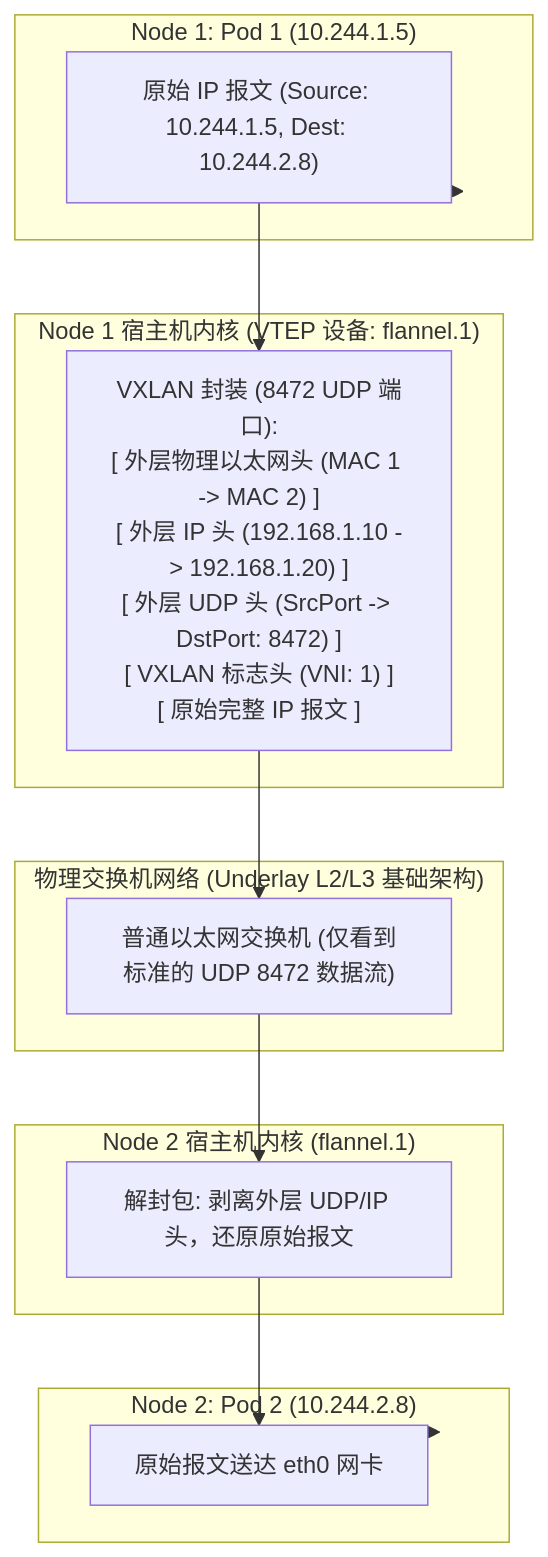
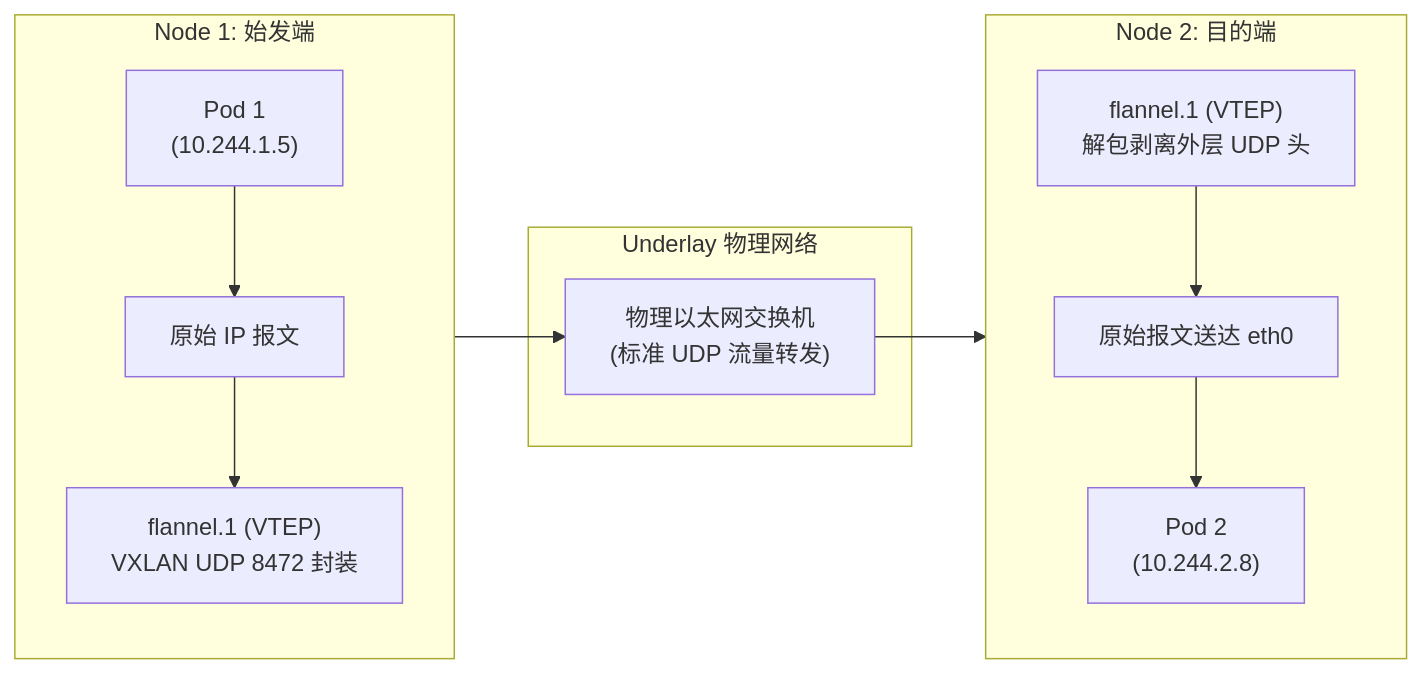
Before and after one commit to MoreConsequence/MoreConsequence.github.io: the third of 7 diagrams in content/posts/kubernetes-internals/k8s-06-network-cni-flannel-calico-cilium-ebpf.md, drawn with Mermaid. The commit also changed other lines of this file and 835 other files, not shown here.

First line of the commit message:
feat(blog): 全站33篇新增深度专栏与博文全量审核上线及矢量图表优化

````diff
--- a/content/posts/kubernetes-internals/k8s-06-network-cni-flannel-calico-cilium-ebpf.md
+++ b/content/posts/kubernetes-internals/k8s-06-network-cni-flannel-calico-cilium-ebpf.md
@@ -109,24 +109,20 @@
 ```mermaid
-flowchart TD
-    subgraph Pod1["Node 1: Pod 1 (10.244.1.5)"]
-        Raw["原始 IP 报文 (Source: 10.244.1.5, Dest: 10.244.2.8)"]
+flowchart LR
+    subgraph Host1["Node 1: 始发端"]
+        direction TB
+        Pod1["Pod 1<br/>(10.244.1.5)"] --> Raw["原始 IP 报文"]
+        Raw --> Encap["flannel.1 (VTEP)<br/>VXLAN UDP 8472 封装"]
     end
 
-    subgraph Host1["Node 1 宿主机内核 (VTEP 设备: flannel.1)"]
-        Encapsulation["VXLAN 封装 (8472 UDP 端口):<br/>[ 外层物理以太网头 (MAC 1 -> MAC 2) ]<br/>[ 外层 IP 头 (192.168.1.10 -> 192.168.1.20) ]<br/>[ 外层 UDP 头 (SrcPort -> DstPort: 8472) ]<br/>[ VXLAN 标志头 (VNI: 1) ]<br/>[ 原始完整 IP 报文 ]"]
+    subgraph Underlay["Underlay 物理网络"]
+        Switch["物理以太网交换机<br/>(标准 UDP 流量转发)"]
     end
 
-    subgraph PhysicalNetwork["物理交换机网络 (Underlay L2/L3 基础架构)"]
-        Switch["普通以太网交换机 (仅看到标准的 UDP 8472 数据流)"]
+    subgraph Host2["Node 2: 目的端"]
+        direction TB
+        Decap["flannel.1 (VTEP)<br/>解包剥离外层 UDP 头"] --> Delivered["原始报文送达 eth0"]
+        Delivered --> Pod2["Pod 2<br/>(10.244.2.8)"]
     end
 
-    subgraph Host2["Node 2 宿主机内核 (flannel.1)"]
-        Decap["解封包: 剥离外层 UDP/IP 头，还原原始报文"]
-    end
-
-    subgraph Pod2["Node 2: Pod 2 (10.244.2.8)"]
-        Delivered["原始报文送达 eth0 网卡"]
-    end
-
-    Pod1 --> Raw --> Encapsulation --> Switch --> Decap --> Delivered --> Pod2
+    Encap --> Switch --> Decap
 ```
````
